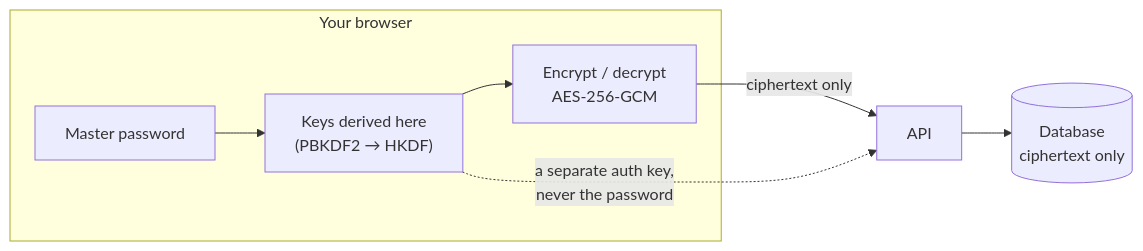
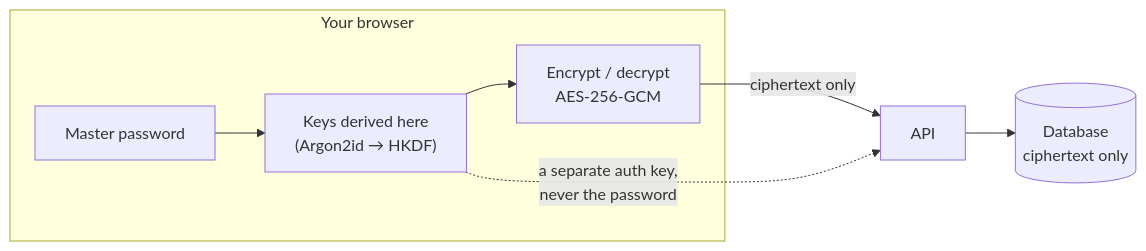
The diagram in README.md (SHIVAM-SHARMA-766/vault), drawn with Mermaid before and after one commit. The commit also changed 42 other files, not shown here.

First line of the commit message:
D10: Argon2id for the master password (decision 0028)

````diff
--- a/README.md
+++ b/README.md
@@ -192,10 +192,10 @@
 ```mermaid
 flowchart LR
   subgraph browser["Your browser"]
-    pw["Master password"] --> keys["Keys derived here<br/>(PBKDF2 → HKDF)"]
+    pw["Master password"] --> keys["Keys derived here<br/>(Argon2id → HKDF)"]
     keys --> enc["Encrypt / decrypt<br/>AES-256-GCM"]
   end
   enc -- "ciphertext only" --> api["API"]
   api --> db[("Database<br/>ciphertext only")]
   keys -. "a separate auth key,<br/>never the password" .-> api
 ```
````
